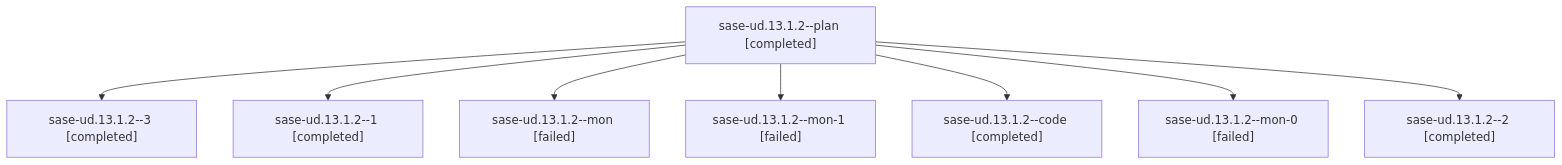
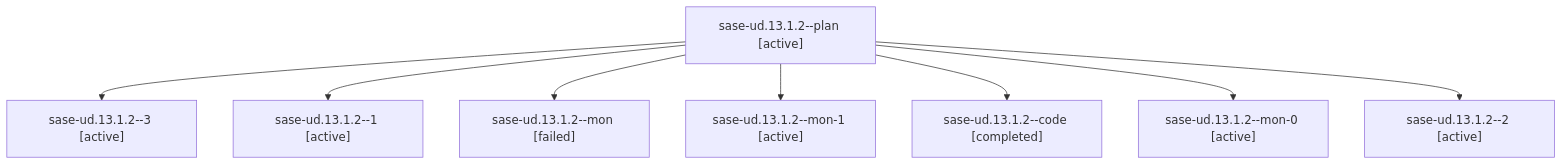
Before and after one commit to sase-org/sase--agents: the diagram in families/bbugyi200.athena.sase-ud.13.1.2.md, drawn with Mermaid. The commit also changed other lines of this file and 35830 other files, not shown here.

````diff
--- a/families/bbugyi200.athena.sase-ud.13.1.2.md
+++ b/families/bbugyi200.athena.sase-ud.13.1.2.md
@@ -9,18 +9,18 @@
 ```mermaid
 flowchart TD
-  n0["sase-ud.13.1.2--plan [completed]"]
-  n1["sase-ud.13.1.2--3 [completed]"]
+  n0["sase-ud.13.1.2--plan [active]"]
+  n1["sase-ud.13.1.2--3 [active]"]
   n0 --> n1
-  n2["sase-ud.13.1.2--1 [completed]"]
+  n2["sase-ud.13.1.2--1 [active]"]
   n0 --> n2
   n3["sase-ud.13.1.2--mon [failed]"]
   n0 --> n3
-  n4["sase-ud.13.1.2--mon-1 [failed]"]
+  n4["sase-ud.13.1.2--mon-1 [active]"]
   n0 --> n4
   n5["sase-ud.13.1.2--code [completed]"]
   n0 --> n5
-  n6["sase-ud.13.1.2--mon-0 [failed]"]
+  n6["sase-ud.13.1.2--mon-0 [active]"]
   n0 --> n6
-  n7["sase-ud.13.1.2--2 [completed]"]
+  n7["sase-ud.13.1.2--2 [active]"]
   n0 --> n7
 ```
````
